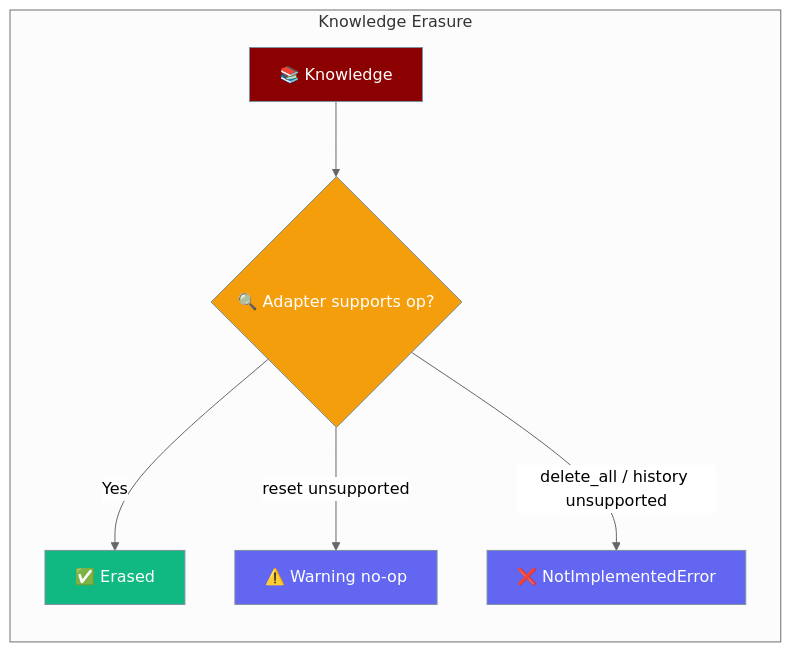
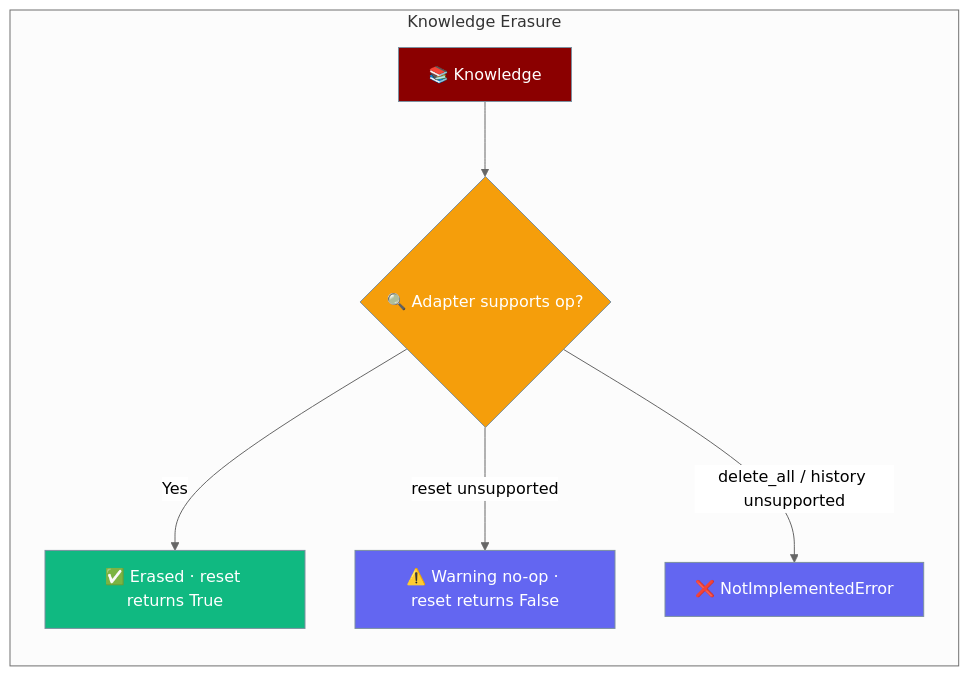
Before and after one commit to MervinPraison/PraisonAIDocs: the first of 2 diagrams in docs/knowledge/erasure.mdx, drawn with Mermaid (neutral theme). The commit also changed other lines of this file and 1 other file, not shown here.

Commit message:
docs: update Knowledge.reset() and knowledge.clear semantics after PR #4991 (fixes #4030)

````diff
--- a/docs/knowledge/erasure.mdx
+++ b/docs/knowledge/erasure.mdx
@@ -18,19 +18,19 @@
 ```mermaid
 graph LR
     subgraph "Knowledge Erasure"
         A[📚 Knowledge] --> B{🔍 Adapter supports op?}
-        B -->|Yes| C[✅ Erased]
-        B -->|reset unsupported| D[⚠️ Warning no-op]
+        B -->|Yes| C[✅ Erased · reset returns True]
+        B -->|reset unsupported| D[⚠️ Warning no-op · reset returns False]
         B -->|delete_all / history unsupported| E[❌ NotImplementedError]
     end
 
     classDef input fill:#8B0000,stroke:#7C90A0,color:#fff
     classDef process fill:#F59E0B,stroke:#7C90A0,color:#fff
     classDef success fill:#10B981,stroke:#7C90A0,color:#fff
     classDef warn fill:#6366F1,stroke:#7C90A0,color:#fff
 
     class A input
     class B process
     class C success
     class D,E warn
 ```
````
